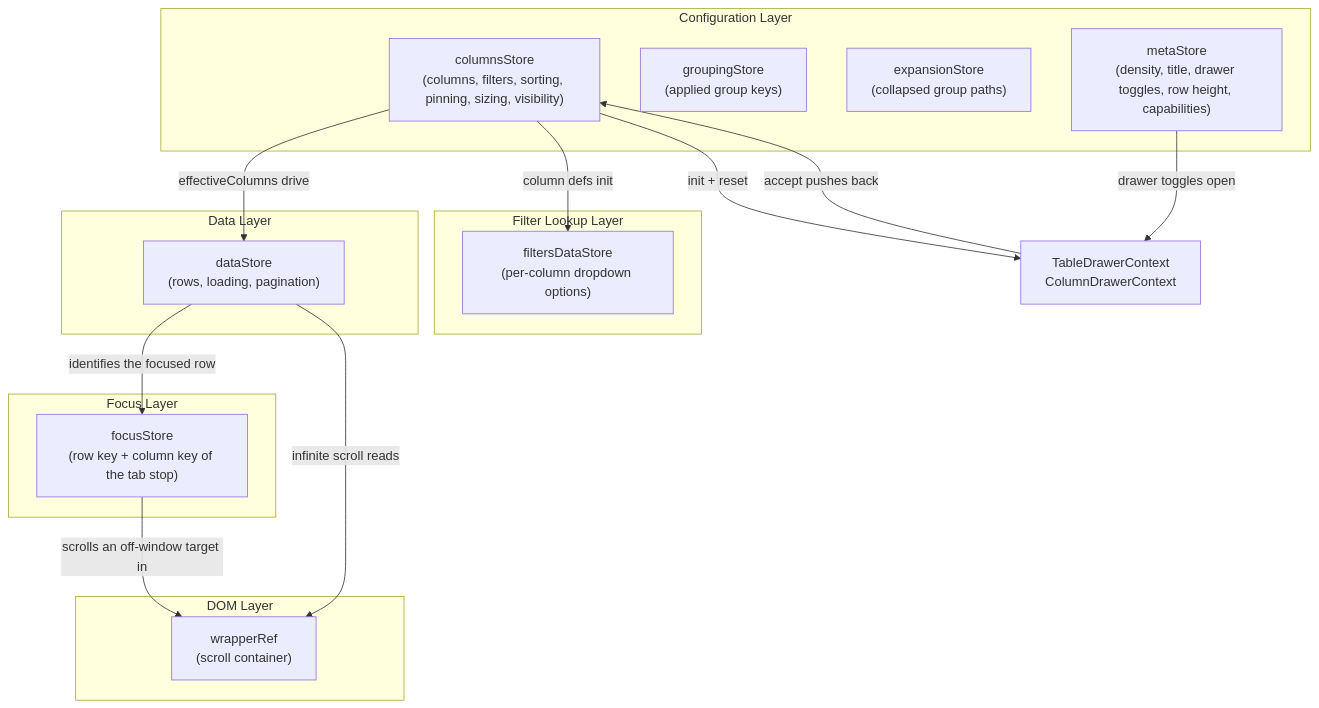
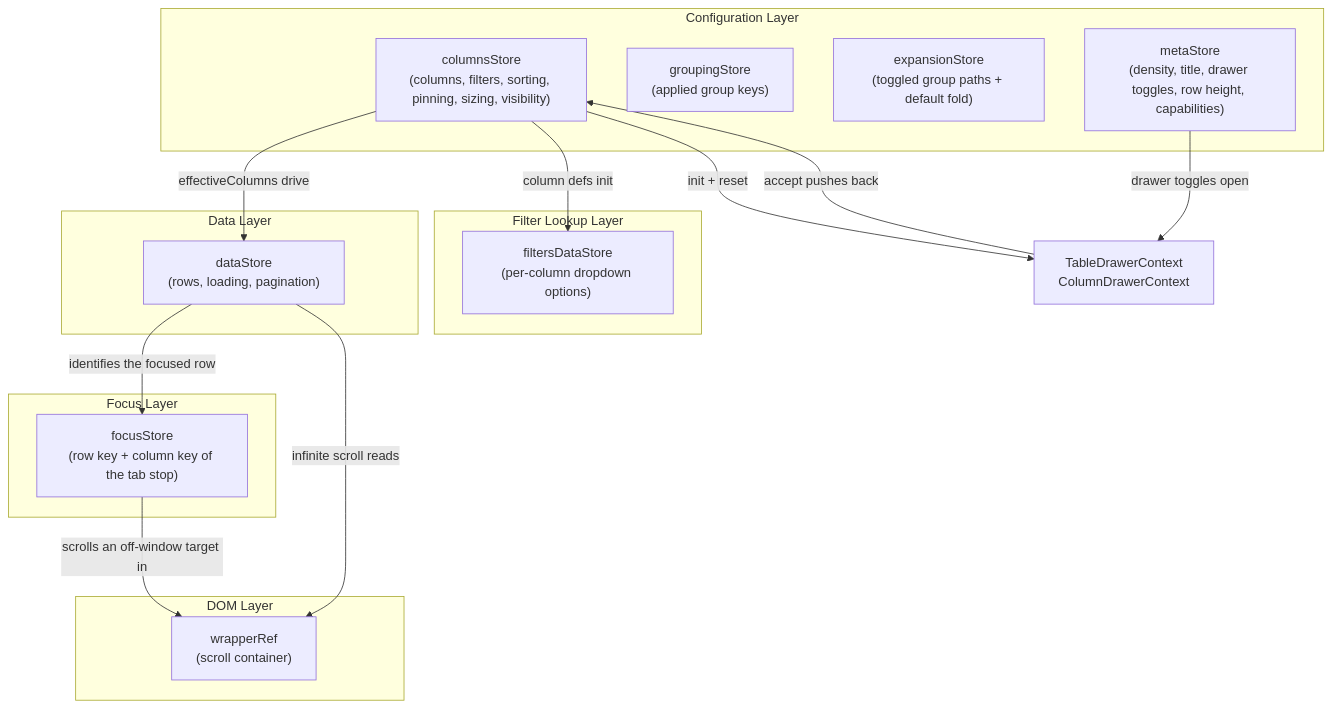
Before and after one commit to luciocabrera/lcabrera-stack: the third of 3 diagrams in packages/ui/src/components/Table/contexts/ARCHITECTURE.md, drawn with Mermaid. The commit also changed 99 other files, not shown here.

````diff
--- a/packages/ui/src/components/Table/contexts/ARCHITECTURE.md
+++ b/packages/ui/src/components/Table/contexts/ARCHITECTURE.md
@@ -117,34 +117,34 @@
 ```mermaid
 graph TD
   subgraph "Configuration Layer"
     CS["columnsStore<br/>(columns, filters, sorting, pinning, sizing, visibility)"]
     GS["groupingStore<br/>(applied group keys)"]
-    ES["expansionStore<br/>(collapsed group paths)"]
+    ES["expansionStore<br/>(toggled group paths + default fold)"]
     MS["metaStore<br/>(density, title, drawer toggles, row height, capabilities)"]
   end
 
   subgraph "Filter Lookup Layer"
     FS["filtersDataStore<br/>(per-column dropdown options)"]
   end
 
   subgraph "Data Layer"
     DS["dataStore<br/>(rows, loading, pagination)"]
   end
 
   subgraph "Focus Layer"
     FoS["focusStore<br/>(row key + column key of the tab stop)"]
   end
 
   subgraph "DOM Layer"
     WR["wrapperRef<br/>(scroll container)"]
   end
 
   CS -->|"effectiveColumns drive"| DS
   DS -->|"identifies the focused row"| FoS
   FoS -->|"scrolls an off-window target in"| WR
   CS -->|"column defs init"| FS
   DS -->|"infinite scroll reads"| WR
   MS -->|"drawer toggles open"| DrawerContexts["TableDrawerContext<br/>ColumnDrawerContext"]
   CS -->|"init + reset"| DrawerContexts
   DrawerContexts -->|"accept pushes back"| CS
 ```
````
